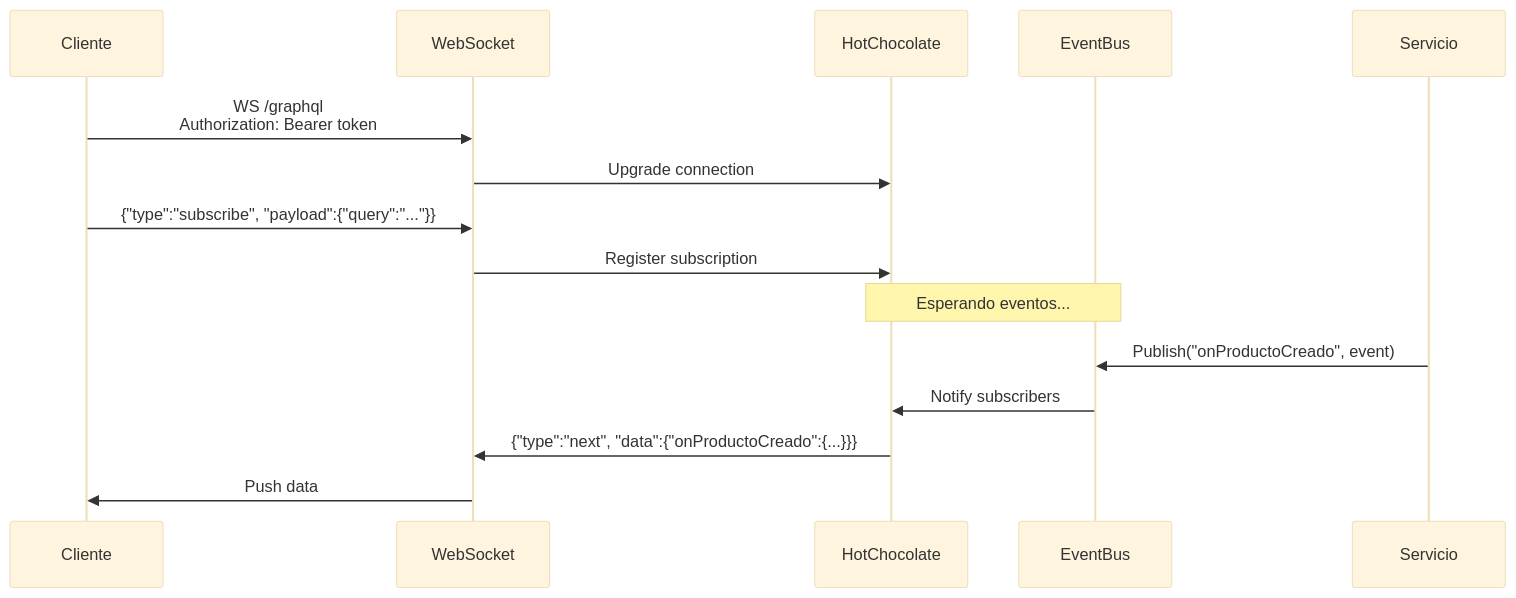
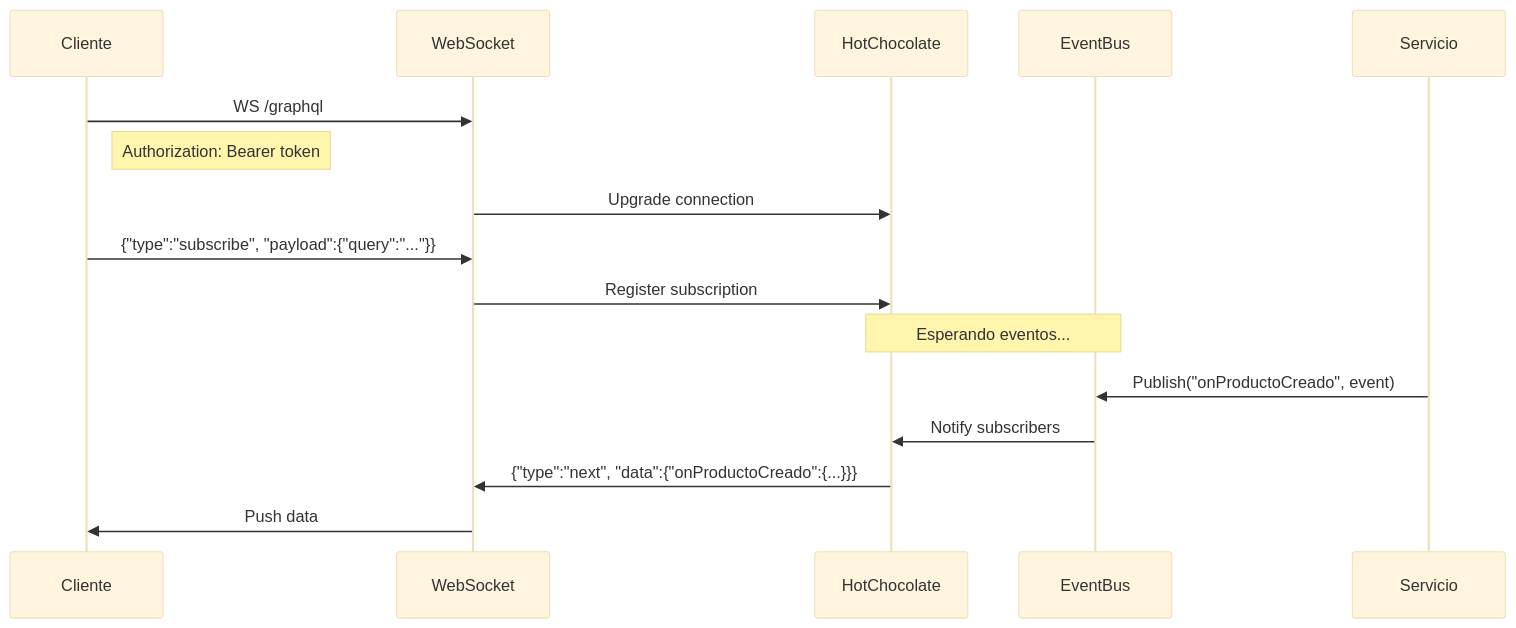
Before and after one commit to joseluisgs/TiendaDawApi-NetCore: the tenth of 10 diagrams in doc/20-graphql.md, drawn with Mermaid (base theme). The commit also changed other lines of this file, not shown here.

Commit message:
docs: corregir diagramas Mermaid y añadir sección de autenticación con HotChocolate

````diff
--- a/doc/20-graphql.md
+++ b/doc/20-graphql.md
@@ -1505,21 +1805,22 @@
 ```mermaid
 sequenceDiagram
     participant C as Cliente
     participant WS as WebSocket
     participant HS as HotChocolate
     participant EB as EventBus
     participant S as Servicio
 
-    C->>WS: WS /graphql<br/>Authorization: Bearer token
+    C->>WS: WS /graphql
+    Note right of C: Authorization: Bearer token
     WS->>HS: Upgrade connection
     
     C->>WS: {"type":"subscribe", "payload":{"query":"..."}}
     WS->>HS: Register subscription
     
     Note over HS,EB: Esperando eventos...
     
     S->>EB: Publish("onProductoCreado", event)
     EB->>HS: Notify subscribers
     HS->>WS: {"type":"next", "data":{"onProductoCreado":{...}}}
     WS->>C: Push data
 ```
````
